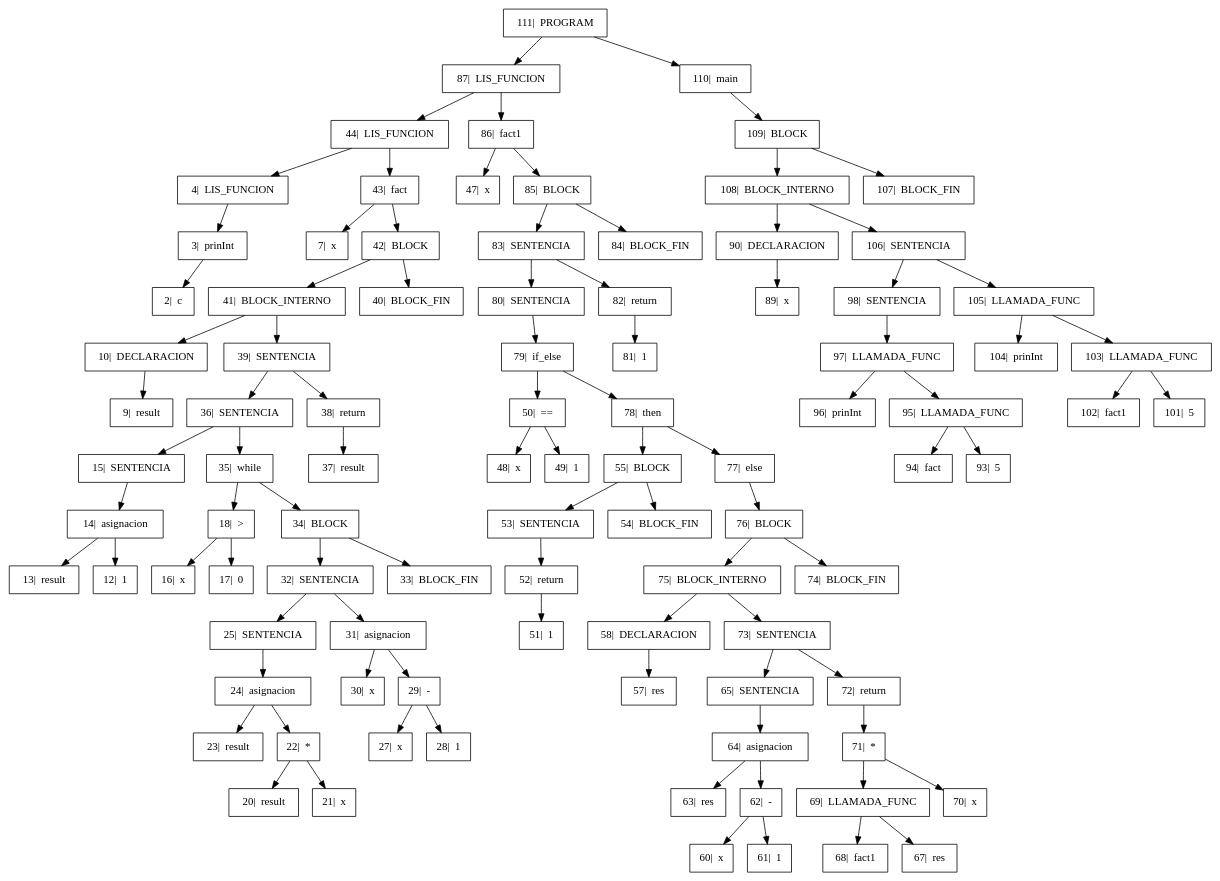
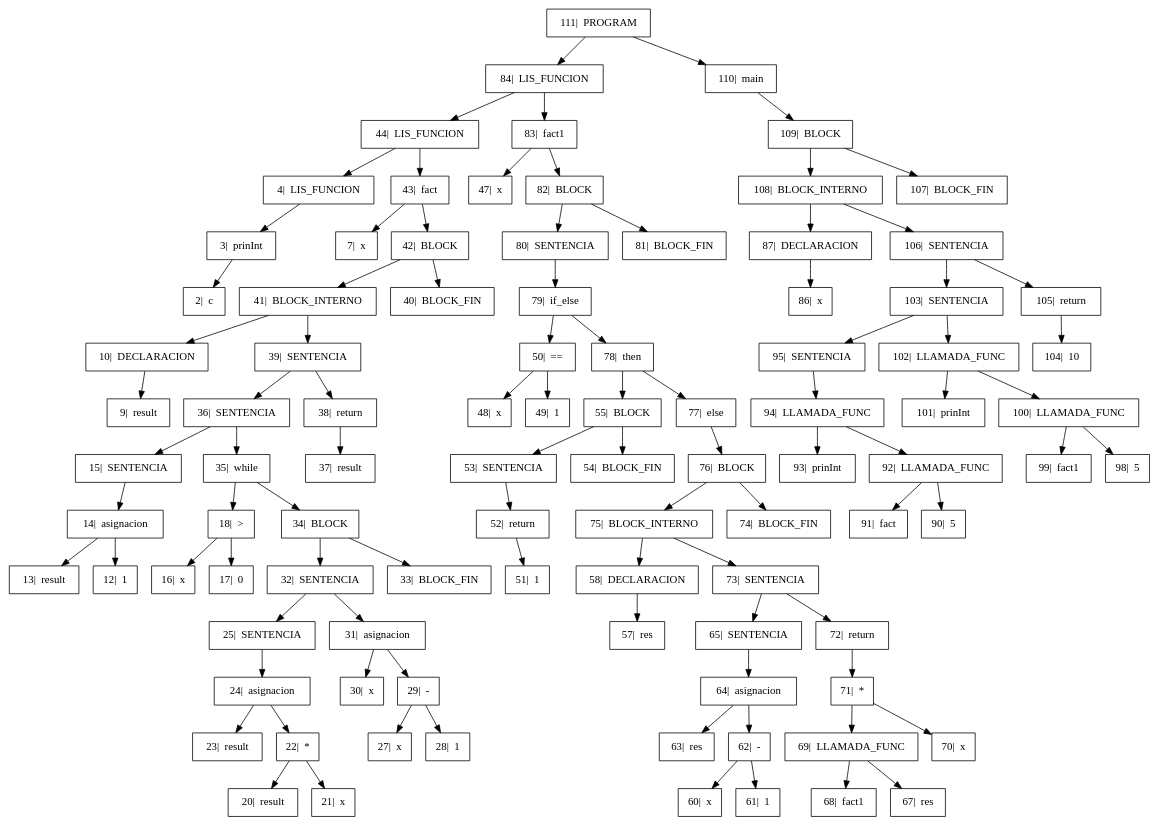
One commit to GiovA07/PRE-PROYECTO-COMPILADORES changed the diagram in Proyecto/output/Arbol.dot. Above: the diagram before and after it, drawn with Graphviz. The commit also changed 5 other files, not shown here.

```diff
--- a/Proyecto/output/Arbol.dot
+++ b/Proyecto/output/Arbol.dot
@@ -1,61 +1,61 @@
 digraph{
 
 rankdir=TB;
 
 node[shape=box];
-"111|  PROGRAM" -> "87|  LIS_FUNCION", "110|  main";
-"87|  LIS_FUNCION" -> "44|  LIS_FUNCION", "86|  fact1";
+"111|  PROGRAM" -> "84|  LIS_FUNCION", "110|  main";
+"84|  LIS_FUNCION" -> "44|  LIS_FUNCION", "83|  fact1";
 "44|  LIS_FUNCION" -> "4|  LIS_FUNCION", "43|  fact";
 "4|  LIS_FUNCION" -> "3|  prinInt" ;
 "3|  prinInt" -> "2|  c" ;
 "43|  fact" -> "7|  x", "42|  BLOCK";
 "42|  BLOCK" -> "41|  BLOCK_INTERNO", "40|  BLOCK_FIN";
 "41|  BLOCK_INTERNO" -> "10|  DECLARACION", "39|  SENTENCIA";
 "10|  DECLARACION" -> "9|  result" ;
 "39|  SENTENCIA" -> "36|  SENTENCIA", "38|  return";
 "36|  SENTENCIA" -> "15|  SENTENCIA", "35|  while";
 "15|  SENTENCIA" -> "14|  asignacion" ;
 "14|  asignacion" -> "13|  result", "12|  1";
 "35|  while" -> "18|  >", "34|  BLOCK";
 "18|  >" -> "16|  x", "17|  0";
 "34|  BLOCK" -> "32|  SENTENCIA", "33|  BLOCK_FIN";
 "32|  SENTENCIA" -> "25|  SENTENCIA", "31|  asignacion";
 "25|  SENTENCIA" -> "24|  asignacion" ;
 "24|  asignacion" -> "23|  result", "22|  *";
 "22|  *" -> "20|  result", "21|  x";
 "31|  asignacion" -> "30|  x", "29|  -";
 "29|  -" -> "27|  x", "28|  1";
 "38|  return" -> "37|  result" ;
-"86|  fact1" -> "47|  x", "85|  BLOCK";
-"85|  BLOCK" -> "83|  SENTENCIA", "84|  BLOCK_FIN";
-"83|  SENTENCIA" -> "80|  SENTENCIA", "82|  return";
+"83|  fact1" -> "47|  x", "82|  BLOCK";
+"82|  BLOCK" -> "80|  SENTENCIA", "81|  BLOCK_FIN";
 "80|  SENTENCIA" -> "79|  if_else" ;
 "79|  if_else" -> "50|  ==", "78|  then";
 "50|  ==" -> "48|  x", "49|  1";
 "78|  then" -> "55|  BLOCK", "77|  else";
 "55|  BLOCK" -> "53|  SENTENCIA", "54|  BLOCK_FIN";
 "53|  SENTENCIA" -> "52|  return" ;
 "52|  return" -> "51|  1" ;
 "77|  else" -> "76|  BLOCK" ;
 "76|  BLOCK" -> "75|  BLOCK_INTERNO", "74|  BLOCK_FIN";
 "75|  BLOCK_INTERNO" -> "58|  DECLARACION", "73|  SENTENCIA";
 "58|  DECLARACION" -> "57|  res" ;
 "73|  SENTENCIA" -> "65|  SENTENCIA", "72|  return";
 "65|  SENTENCIA" -> "64|  asignacion" ;
 "64|  asignacion" -> "63|  res", "62|  -";
 "62|  -" -> "60|  x", "61|  1";
 "72|  return" -> "71|  *" ;
 "71|  *" -> "69|  LLAMADA_FUNC", "70|  x";
 "69|  LLAMADA_FUNC" -> "68|  fact1", "67|  res";
-"82|  return" -> "81|  1" ;
 "110|  main" -> "109|  BLOCK" ;
 "109|  BLOCK" -> "108|  BLOCK_INTERNO", "107|  BLOCK_FIN";
-"108|  BLOCK_INTERNO" -> "90|  DECLARACION", "106|  SENTENCIA";
-"90|  DECLARACION" -> "89|  x" ;
-"106|  SENTENCIA" -> "98|  SENTENCIA", "105|  LLAMADA_FUNC";
-"98|  SENTENCIA" -> "97|  LLAMADA_FUNC" ;
-"97|  LLAMADA_FUNC" -> "96|  prinInt", "95|  LLAMADA_FUNC";
-"95|  LLAMADA_FUNC" -> "94|  fact", "93|  5";
-"105|  LLAMADA_FUNC" -> "104|  prinInt", "103|  LLAMADA_FUNC";
-"103|  LLAMADA_FUNC" -> "102|  fact1", "101|  5";
+"108|  BLOCK_INTERNO" -> "87|  DECLARACION", "106|  SENTENCIA";
+"87|  DECLARACION" -> "86|  x" ;
+"106|  SENTENCIA" -> "103|  SENTENCIA", "105|  return";
+"103|  SENTENCIA" -> "95|  SENTENCIA", "102|  LLAMADA_FUNC";
+"95|  SENTENCIA" -> "94|  LLAMADA_FUNC" ;
+"94|  LLAMADA_FUNC" -> "93|  prinInt", "92|  LLAMADA_FUNC";
+"92|  LLAMADA_FUNC" -> "91|  fact", "90|  5";
+"102|  LLAMADA_FUNC" -> "101|  prinInt", "100|  LLAMADA_FUNC";
+"100|  LLAMADA_FUNC" -> "99|  fact1", "98|  5";
+"105|  return" -> "104|  10" ;
 }
```
